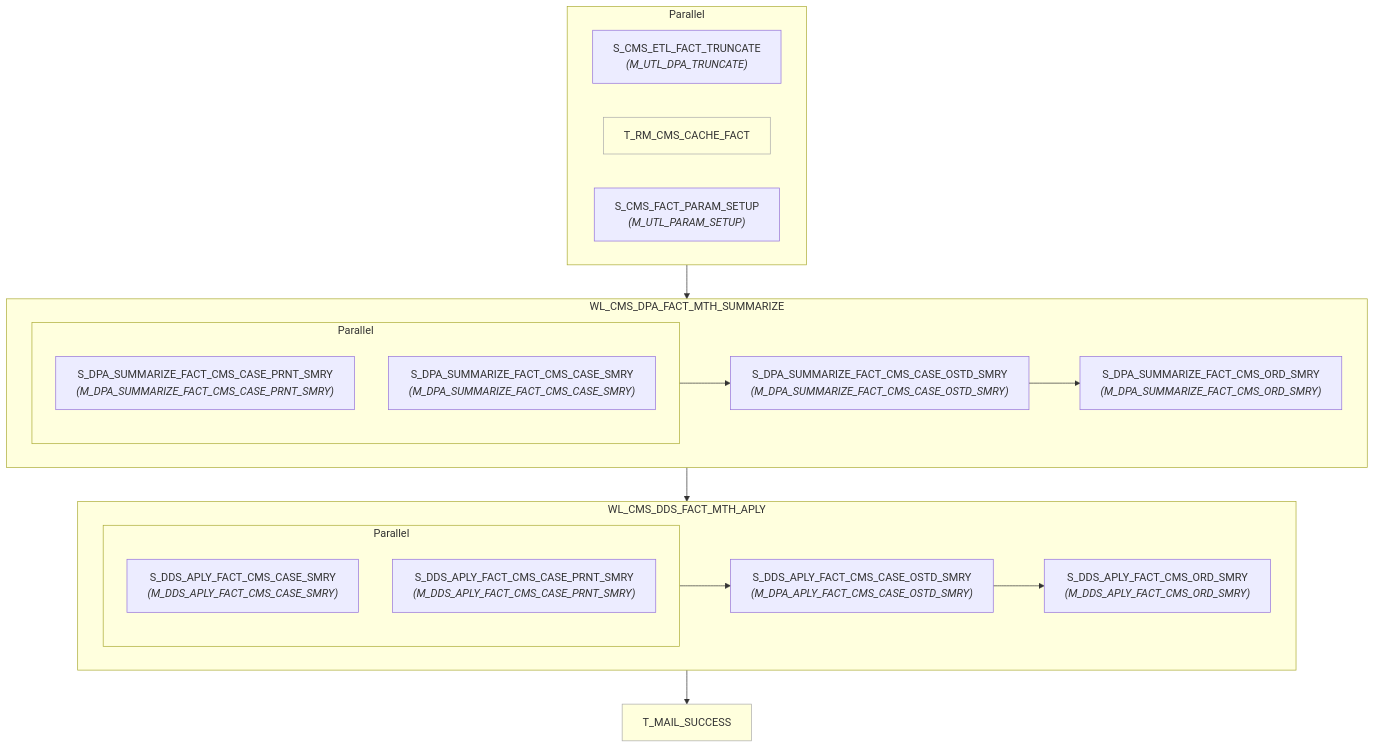
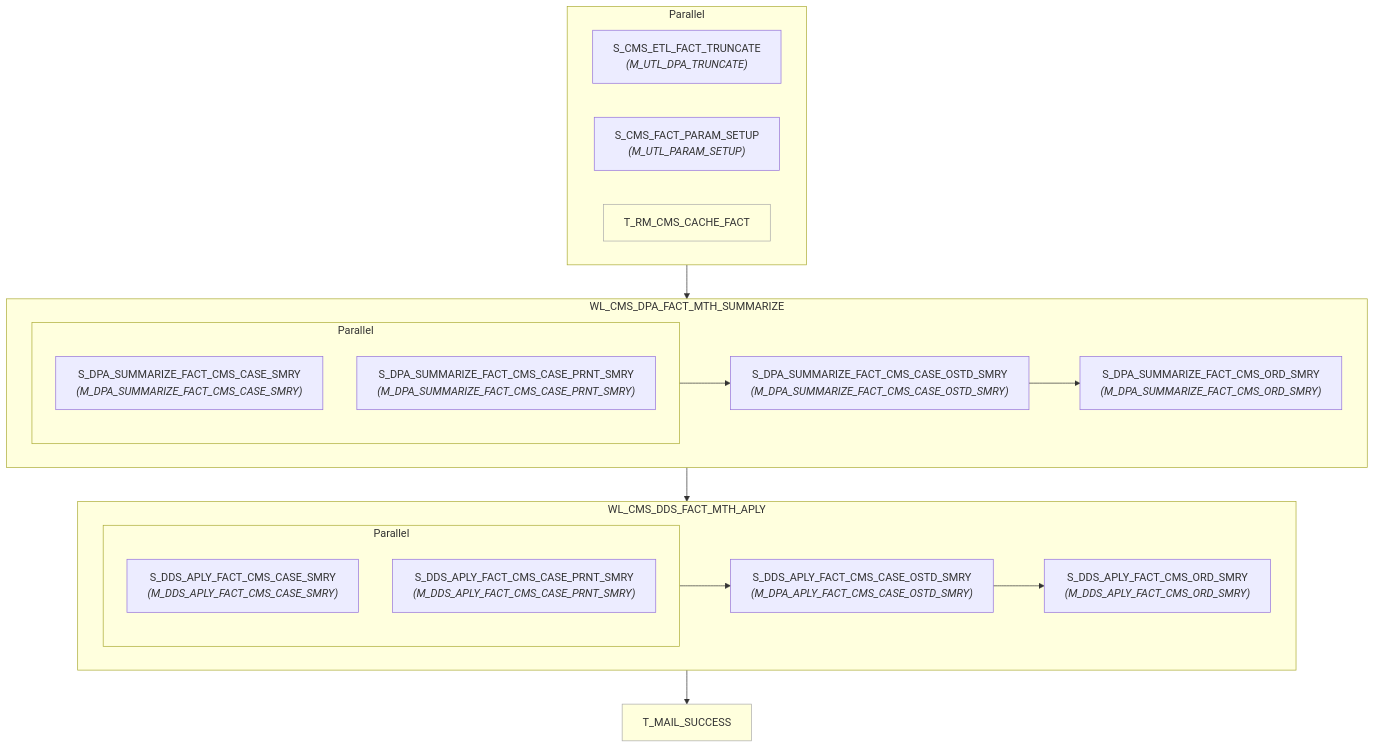
Before and after one commit to asl-adamxu/informatica-sparker-poc: the diagram in informatica/PowerCenter_workflows/dds/WF_CMS_DDS_APLY_MTH_SPARK/wf_cms_dds_aply_mth.md, drawn with Mermaid. The commit also changed 3 other files, not shown here.

````diff
--- a/informatica/PowerCenter_workflows/dds/WF_CMS_DDS_APLY_MTH_SPARK/wf_cms_dds_aply_mth.md
+++ b/informatica/PowerCenter_workflows/dds/WF_CMS_DDS_APLY_MTH_SPARK/wf_cms_dds_aply_mth.md
@@ -7,41 +7,41 @@
 ```mermaid
 flowchart TD
     n1["S_CMS_ETL_FACT_TRUNCATE<br/><i>(M_UTL_DPA_TRUNCATE)</i>"]
-    n2["T_RM_CMS_CACHE_FACT"]
-    style n2 fill:#ffd,stroke:#aaa,stroke-width:1px
-    n3["S_CMS_FACT_PARAM_SETUP<br/><i>(M_UTL_PARAM_SETUP)</i>"]
+    n2["S_CMS_FACT_PARAM_SETUP<br/><i>(M_UTL_PARAM_SETUP)</i>"]
+    n3["T_RM_CMS_CACHE_FACT"]
+    style n3 fill:#ffd,stroke:#aaa,stroke-width:1px
     subgraph pg4[Parallel]
         n1
         n2
         n3
     end
     subgraph wkl5["WL_CMS_DPA_FACT_MTH_SUMMARIZE"]
-    n6["S_DPA_SUMMARIZE_FACT_CMS_CASE_PRNT_SMRY<br/><i>(M_DPA_SUMMARIZE_FACT_CMS_CASE_PRNT_SMRY)</i>"]
-    n7["S_DPA_SUMMARIZE_FACT_CMS_CASE_SMRY<br/><i>(M_DPA_SUMMARIZE_FACT_CMS_CASE_SMRY)</i>"]
+    n6["S_DPA_SUMMARIZE_FACT_CMS_CASE_SMRY<br/><i>(M_DPA_SUMMARIZE_FACT_CMS_CASE_SMRY)</i>"]
+    n7["S_DPA_SUMMARIZE_FACT_CMS_CASE_PRNT_SMRY<br/><i>(M_DPA_SUMMARIZE_FACT_CMS_CASE_PRNT_SMRY)</i>"]
     subgraph pg8[Parallel]
         n6
         n7
     end
     n9["S_DPA_SUMMARIZE_FACT_CMS_CASE_OSTD_SMRY<br/><i>(M_DPA_SUMMARIZE_FACT_CMS_CASE_OSTD_SMRY)</i>"]
     n10["S_DPA_SUMMARIZE_FACT_CMS_ORD_SMRY<br/><i>(M_DPA_SUMMARIZE_FACT_CMS_ORD_SMRY)</i>"]
         pg8 --> n9
         n9 --> n10
     end
     subgraph wkl11["WL_CMS_DDS_FACT_MTH_APLY"]
     n12["S_DDS_APLY_FACT_CMS_CASE_SMRY<br/><i>(M_DDS_APLY_FACT_CMS_CASE_SMRY)</i>"]
     n13["S_DDS_APLY_FACT_CMS_CASE_PRNT_SMRY<br/><i>(M_DDS_APLY_FACT_CMS_CASE_PRNT_SMRY)</i>"]
     subgraph pg14[Parallel]
         n12
         n13
     end
     n15["S_DDS_APLY_FACT_CMS_CASE_OSTD_SMRY<br/><i>(M_DPA_APLY_FACT_CMS_CASE_OSTD_SMRY)</i>"]
     n16["S_DDS_APLY_FACT_CMS_ORD_SMRY<br/><i>(M_DDS_APLY_FACT_CMS_ORD_SMRY)</i>"]
         pg14 --> n15
         n15 --> n16
     end
     n17["T_MAIL_SUCCESS"]
     style n17 fill:#ffd,stroke:#aaa,stroke-width:1px
     pg4 --> wkl5
     wkl5 --> wkl11
     wkl11 --> n17
 ```
````
